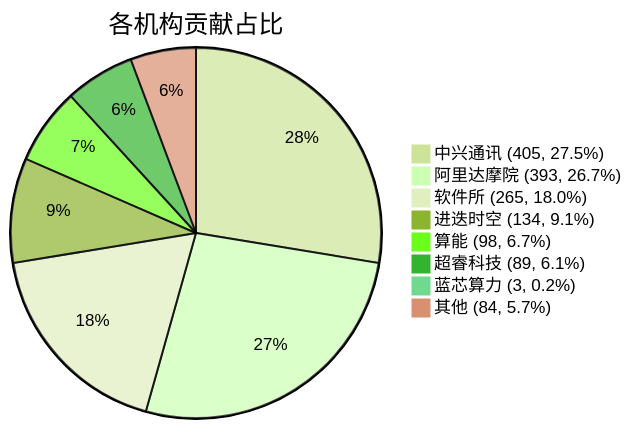
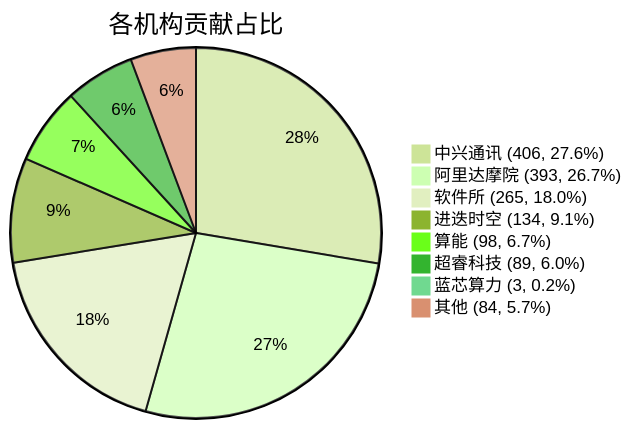
The diagram in docs/index.md (RVCK-Project/rvck), drawn with Mermaid (forest theme) before and after one commit. The commit also changed other lines of this file and 23 other files, not shown here.

````diff
--- a/docs/index.md
+++ b/docs/index.md
@@ -40,11 +40,11 @@
 ```mermaid
 pie title 各机构贡献占比
-    "中兴通讯 (405, 27.5%)" : 405
+    "中兴通讯 (406, 27.6%)" : 406
     "阿里达摩院 (393, 26.7%)" : 393
     "软件所 (265, 18.0%)" : 265
     "进迭时空 (134, 9.1%)" : 134
     "算能 (98, 6.7%)" : 98
-    "超睿科技 (89, 6.1%)" : 89
+    "超睿科技 (89, 6.0%)" : 89
     "蓝芯算力 (3, 0.2%)" : 3
     "其他 (84, 5.7%)" : 84
 ```
````
